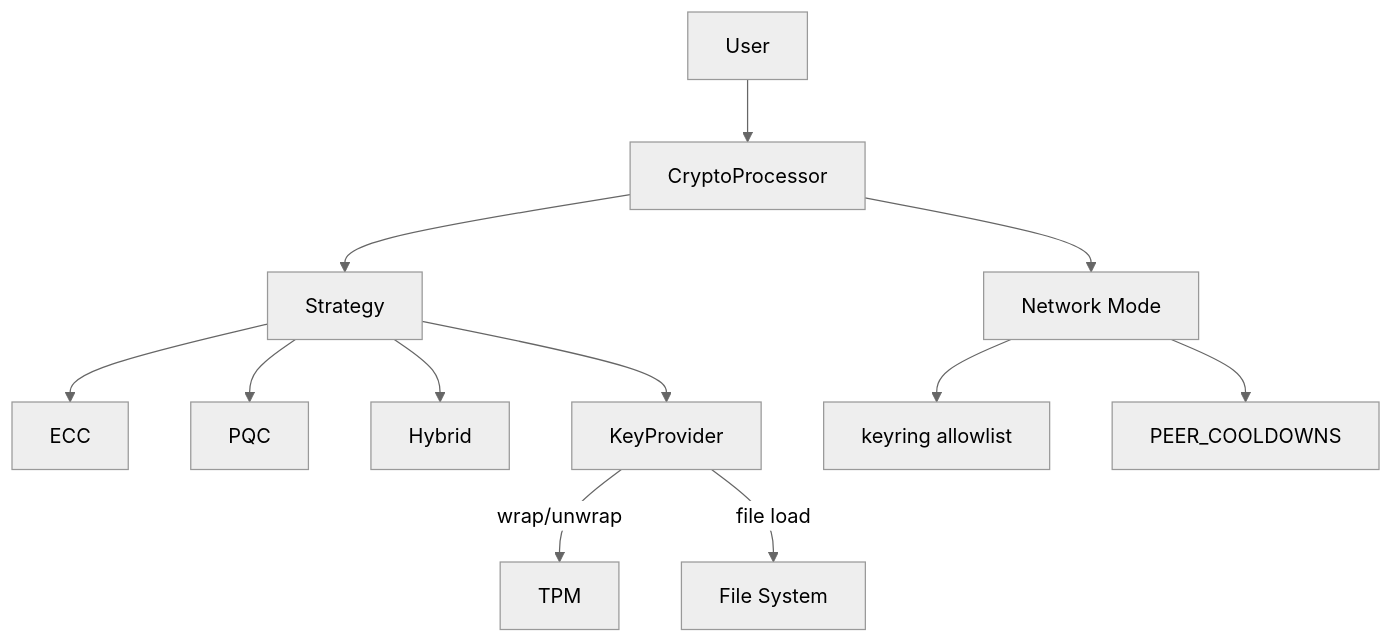
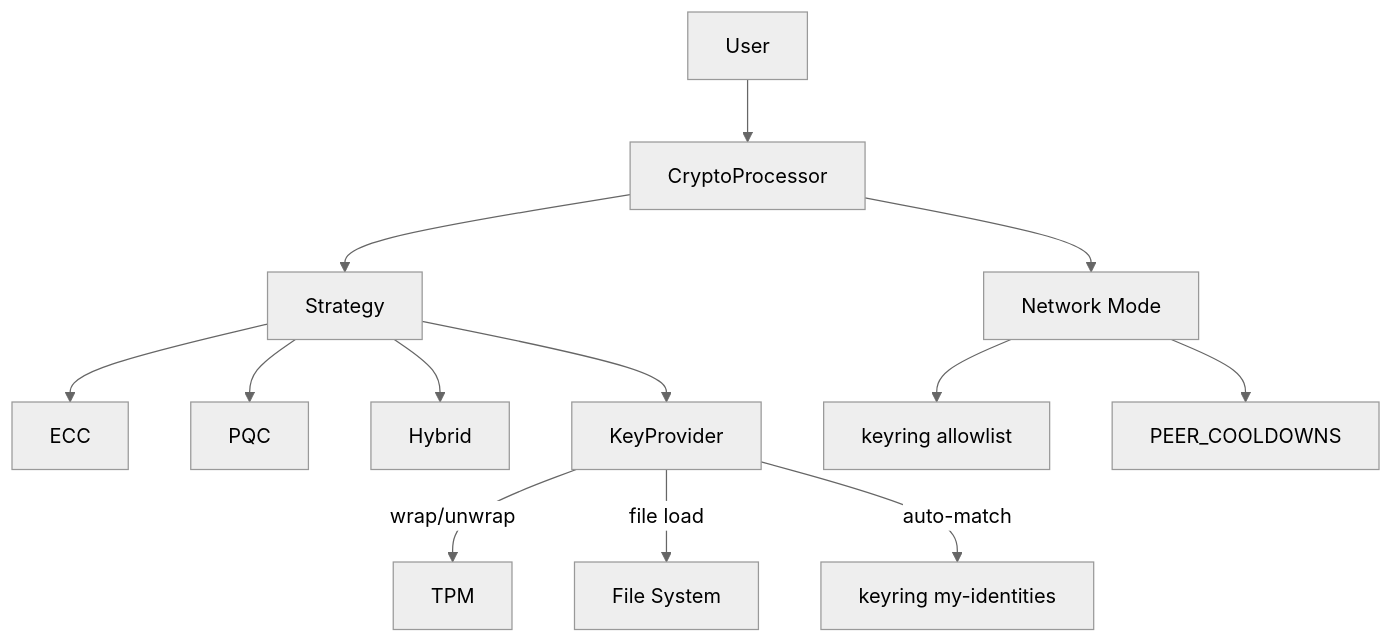
The first of 11 diagrams in README.md (nkoriyama/nkCryptoTool-rust), drawn with Mermaid (neutral theme) before and after one commit. The commit also changed other lines of this file and 5 other files, not shown here.

First line of the commit message:
docs(keyring): catch documentation up with my-identities (#47–#51) (#52)

````diff
--- a/README.md
+++ b/README.md
@@ -316,17 +323,18 @@
 ```mermaid
 flowchart TD
     User --> CryptoProcessor
     CryptoProcessor --> Strategy
 
     Strategy --> ECC
     Strategy --> PQC
     Strategy --> Hybrid
 
     Strategy --> KeyProvider
     KeyProvider -->|wrap/unwrap| TPM
     KeyProvider -->|file load| FS[File System]
+    KeyProvider -->|auto-match| Keyring[keyring my-identities]
 
     CryptoProcessor --> Network[Network Mode]
     Network --> Allowlist[keyring allowlist]
     Network --> Cooldown[PEER_COOLDOWNS]
 ```
````
